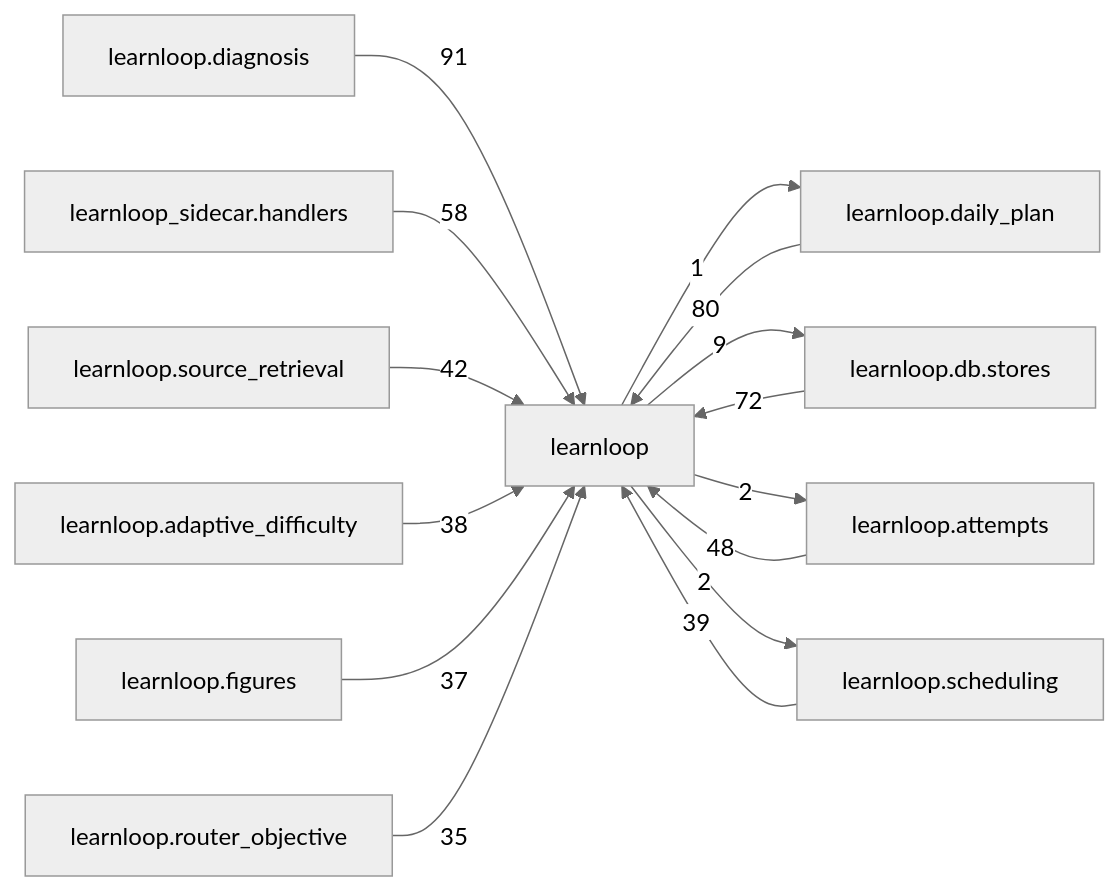
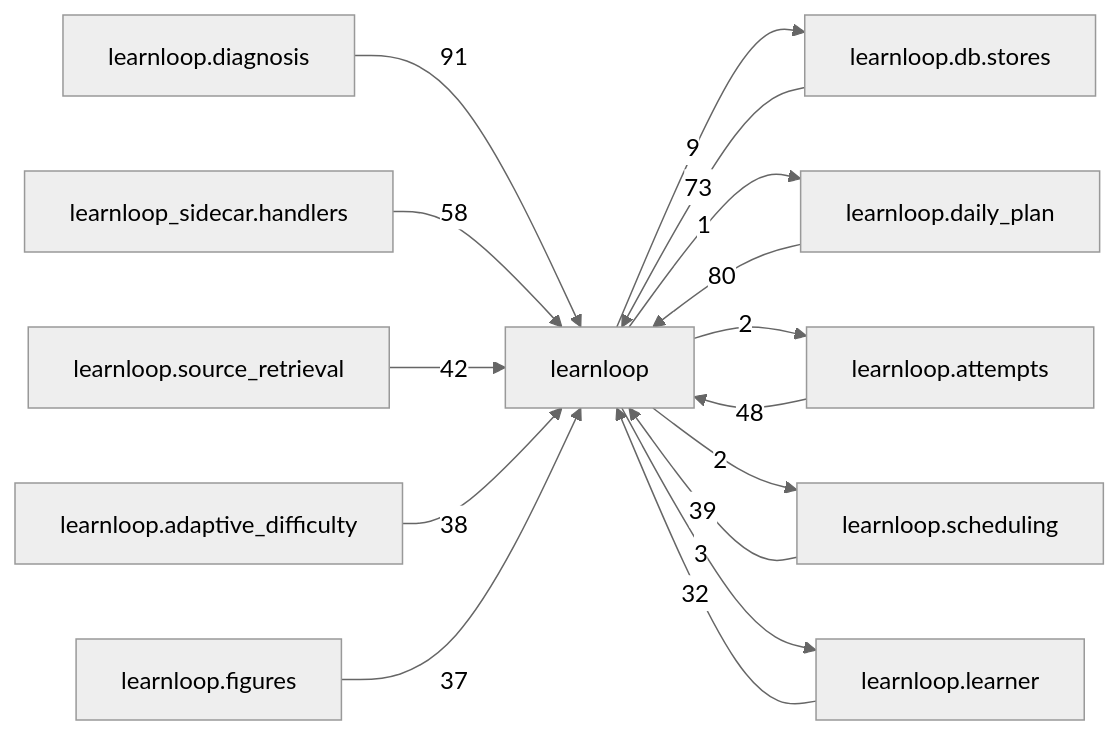
Before and after one commit to 6up-b/learnanything: the diagram in docs/learnloop-architecture-vault/Reference/Modules/learnloop/_package.md, drawn with Mermaid (neutral theme). The commit also changed other lines of this file and 26 other files, not shown here.

````diff
--- a/docs/learnloop-architecture-vault/Reference/Modules/learnloop/_package.md
+++ b/docs/learnloop-architecture-vault/Reference/Modules/learnloop/_package.md
@@ -275,28 +275,29 @@
 ```mermaid
 flowchart LR
     center["learnloop"]
     n_learnloop_diagnosis["learnloop.diagnosis"]
+    n_learnloop_db_stores["learnloop.db.stores"]
     n_learnloop_daily_plan["learnloop.daily_plan"]
-    n_learnloop_db_stores["learnloop.db.stores"]
     n_learnloop_sidecar_handlers["learnloop_sidecar.handlers"]
     n_learnloop_attempts["learnloop.attempts"]
     n_learnloop_source_retrieval["learnloop.source_retrieval"]
     n_learnloop_scheduling["learnloop.scheduling"]
     n_learnloop_adaptive_difficulty["learnloop.adaptive_difficulty"]
     n_learnloop_figures["learnloop.figures"]
-    n_learnloop_router_objective["learnloop.router_objective"]
+    n_learnloop_learner["learnloop.learner"]
     n_learnloop_diagnosis -->|91| center
+    n_learnloop_db_stores -->|73| center
+    center -->|9| n_learnloop_db_stores
     n_learnloop_daily_plan -->|80| center
     center -->|1| n_learnloop_daily_plan
-    n_learnloop_db_stores -->|72| center
-    center -->|9| n_learnloop_db_stores
     n_learnloop_sidecar_handlers -->|58| center
     n_learnloop_attempts -->|48| center
     center -->|2| n_learnloop_attempts
     n_learnloop_source_retrieval -->|42| center
     n_learnloop_scheduling -->|39| center
     center -->|2| n_learnloop_scheduling
     n_learnloop_adaptive_difficulty -->|38| center
     n_learnloop_figures -->|37| center
-    n_learnloop_router_objective -->|35| center
+    n_learnloop_learner -->|32| center
+    center -->|3| n_learnloop_learner
 ```
````
